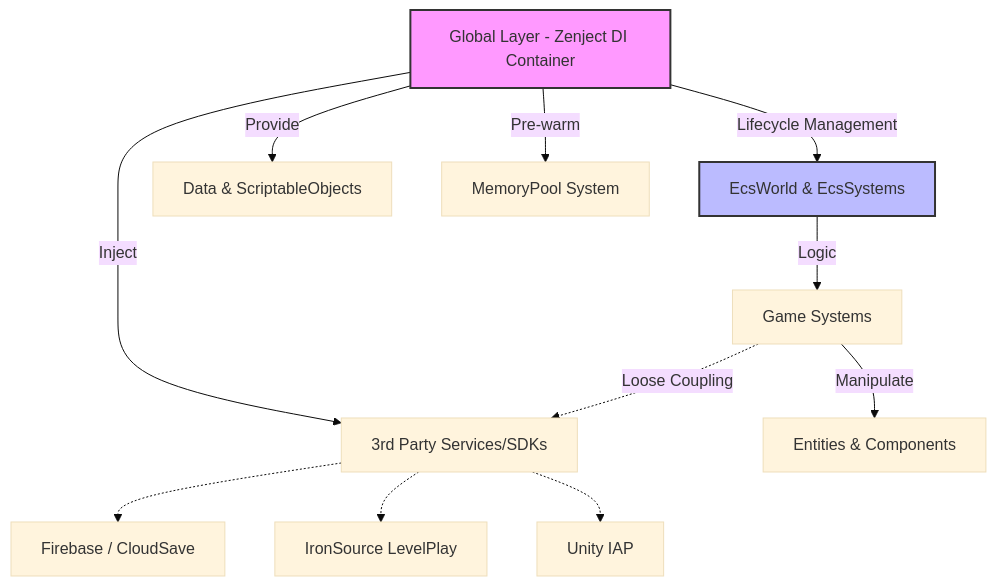
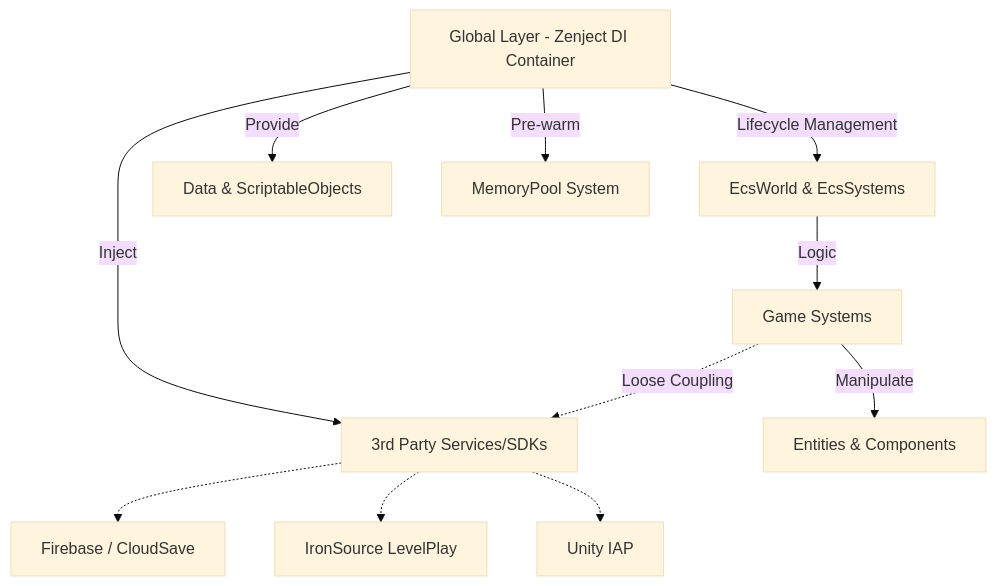
The first of 2 diagrams in README.md (TitanTran/TaiTitanDev), drawn with Mermaid (base theme) before and after one commit.

````diff
--- a/README.md
+++ b/README.md
@@ -15,21 +15,18 @@
 ```mermaid
 graph TD
     sublayer1[Global Layer - Zenject DI Container]
     
     sublayer1 --> |Lifecycle Management| ECS[EcsWorld & EcsSystems]
     sublayer1 --> |Inject| SDK[3rd Party Services/SDKs]
     sublayer1 --> |Provide| DATA[Data & ScriptableObjects]
     sublayer1 --> |Pre-warm| POOL[MemoryPool System]
     
     ECS --> |Logic| SYS[Game Systems]
     SYS --> |Manipulate| COMP[Entities & Components]
     
     SYS -.-> |Loose Coupling| SDK
     
     SDK -.-> FB[Firebase / CloudSave]
     SDK -.-> ADS[IronSource LevelPlay]
     SDK -.-> IAP[Unity IAP]
-    
-    style sublayer1 fill:#f9f,stroke:#333,stroke-width:2px
-    style ECS fill:#bbf,stroke:#333,stroke-width:2px
 ```
````
